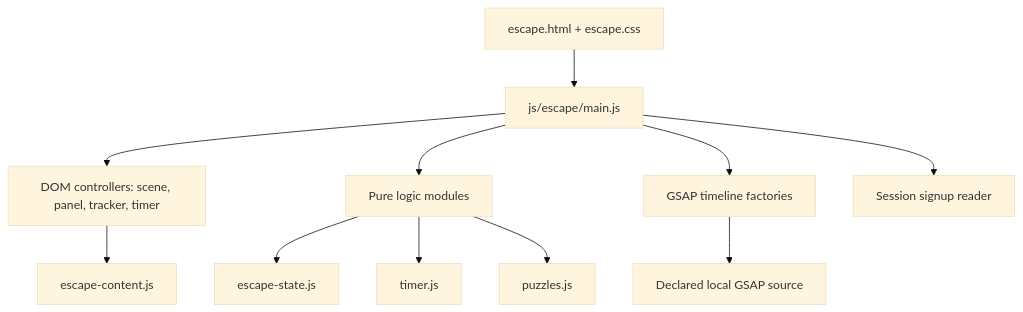
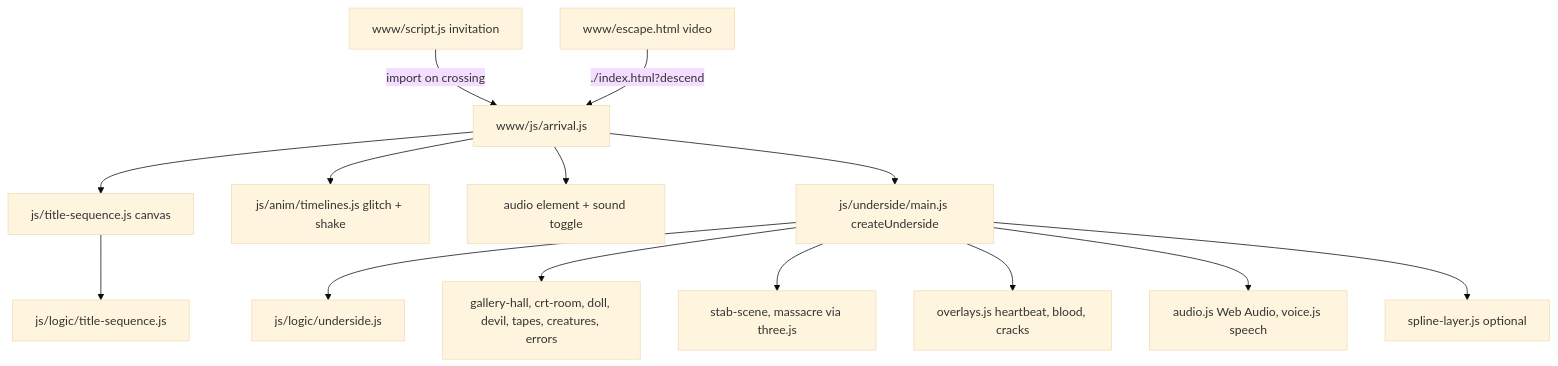
One commit to aasrithj/kiroween-hackathon-project changed the first of 2 diagrams in .kiro/specs/upside-down-escape/design.md. Above: the diagram before and after it, drawn with Mermaid (base theme). The commit also changed other lines of this file and 26 other files, not shown here.

````diff
--- a/.kiro/specs/upside-down-escape/design.md
+++ b/.kiro/specs/upside-down-escape/design.md
@@ -31,13 +27,16 @@
 ```mermaid
 flowchart TB
-  PAGE[escape.html + escape.css] --> ENTRY[js/escape/main.js]
-  ENTRY --> UI[DOM controllers: scene, panel, tracker, timer]
-  ENTRY --> LOGIC[Pure logic modules]
-  ENTRY --> ANIM[GSAP timeline factories]
-  LOGIC --> STATE[escape-state.js]
-  LOGIC --> TIMER[timer.js]
-  LOGIC --> PUZZLES[puzzles.js]
-  UI --> CONTENT[escape-content.js]
-  ANIM --> GSAP[Declared local GSAP source]
-  ENTRY --> STORAGE[Session signup reader]
+  SCRIPT[www/script.js invitation] -- import on crossing --> ARRIVAL[www/js/arrival.js]
+  ESCAPE[www/escape.html video] -- ./index.html?descend --> ARRIVAL
+  ARRIVAL --> TITLE[js/title-sequence.js canvas]
+  TITLE --> TLOGIC[js/logic/title-sequence.js]
+  ARRIVAL --> TL[js/anim/timelines.js glitch + shake]
+  ARRIVAL --> AUDIO_EL[audio element + sound toggle]
+  ARRIVAL --> MAIN[js/underside/main.js createUnderside]
+  MAIN --> ULOGIC[js/logic/underside.js]
+  MAIN --> SCENES[gallery-hall, crt-room, doll, devil, tapes, creatures, errors]
+  MAIN --> THREE3D[stab-scene, massacre via three.js]
+  MAIN --> OVER[overlays.js heartbeat, blood, cracks]
+  MAIN --> SOUND[audio.js Web Audio, voice.js speech]
+  MAIN --> SPLINE[spline-layer.js optional]
 ```
````
